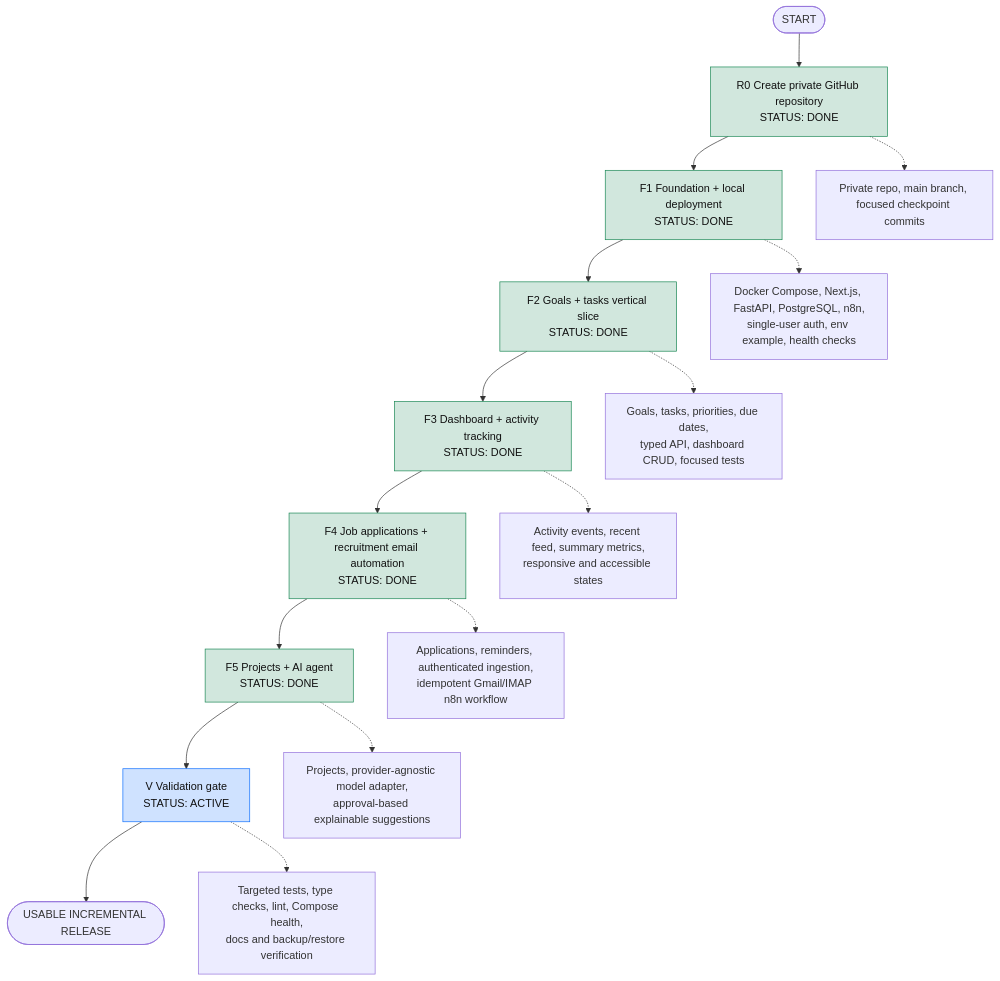
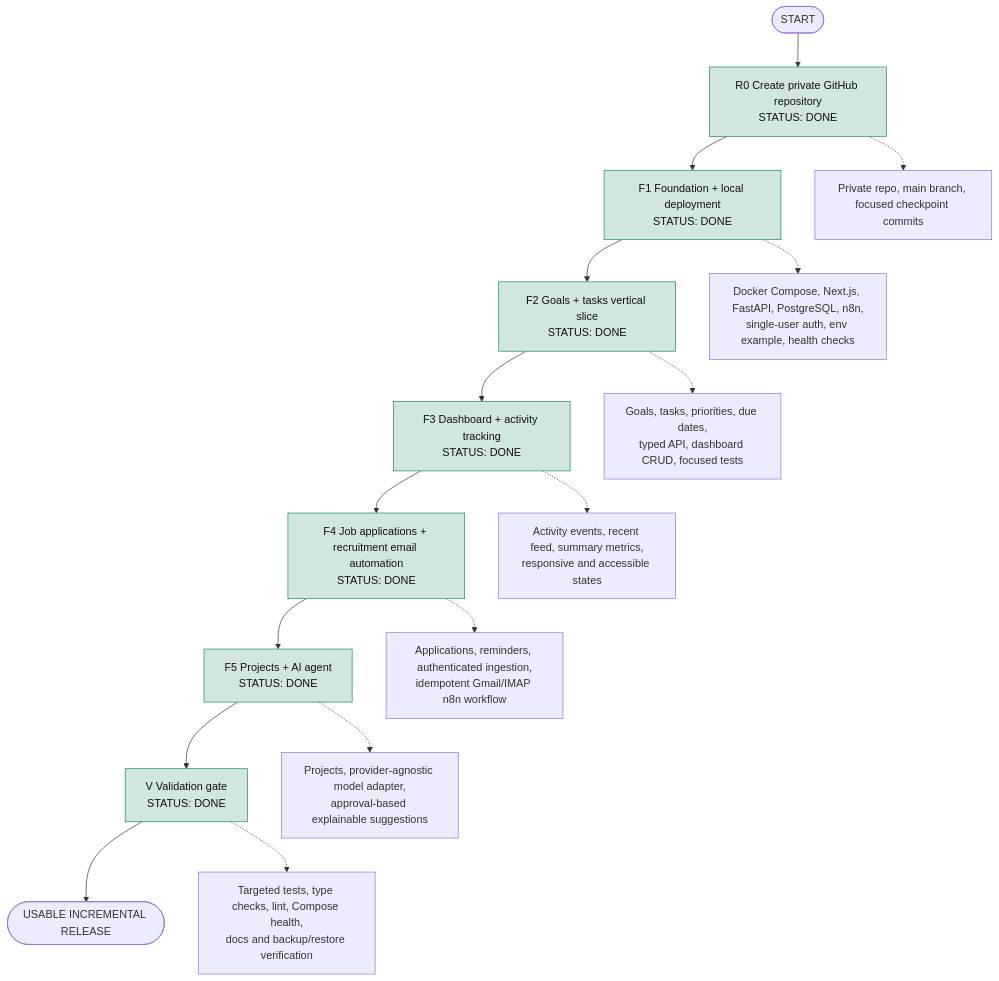
The diagram in docs/personal-os-map.mmd (sonalisrisivani/personal-os), drawn with Mermaid before and after one commit.

Commit message:
chore: mark validation gate as done

```diff
--- a/docs/personal-os-map.mmd
+++ b/docs/personal-os-map.mmd
@@ -1,30 +1,30 @@
 %% Personal OS execution map
 %% Source of truth for execution order and completion status.
 %% Status legend: PENDING, ACTIVE, DONE, BLOCKED.
 %% Before each implementation turn: read this map first.
 %% After each completed block: change its STATUS and update the matching SQL todo.
 
 flowchart TD
     START([START]) --> R["R0 Create private GitHub repository<br/>STATUS: DONE"]
     R --> F["F1 Foundation + local deployment<br/>STATUS: DONE"]
     F --> G["F2 Goals + tasks vertical slice<br/>STATUS: DONE"]
     G --> A["F3 Dashboard + activity tracking<br/>STATUS: DONE"]
     A --> E["F4 Job applications + recruitment email automation<br/>STATUS: DONE"]
     E --> I["F5 Projects + AI agent<br/>STATUS: DONE"]
-    I --> V["V Validation gate<br/>STATUS: ACTIVE"]
+    I --> V["V Validation gate<br/>STATUS: DONE"]
     V --> DONE([USABLE INCREMENTAL RELEASE])
 
     F -.-> Fscope["Docker Compose, Next.js, FastAPI, PostgreSQL, n8n,<br/>single-user auth, env example, health checks"]
     R -.-> Rscope["Private repo, main branch, focused checkpoint commits"]
     G -.-> Gscope["Goals, tasks, priorities, due dates,<br/>typed API, dashboard CRUD, focused tests"]
     A -.-> Ascope["Activity events, recent feed, summary metrics,<br/>responsive and accessible states"]
     E -.-> Escope["Applications, reminders, authenticated ingestion,<br/>idempotent Gmail/IMAP n8n workflow"]
     I -.-> Iscope["Projects, provider-agnostic model adapter,<br/>approval-based explainable suggestions"]
     V -.-> Vscope["Targeted tests, type checks, lint, Compose health,<br/>docs and backup/restore verification"]
 
     classDef pending fill:#fff3cd,stroke:#b8860b,color:#111;
     classDef active fill:#cfe2ff,stroke:#0d6efd,color:#111;
     classDef done fill:#d1e7dd,stroke:#198754,color:#111;
     classDef blocked fill:#f8d7da,stroke:#dc3545,color:#111;
-    class V active;
-    class I,E,A,G,F,R done;
+    class V done;
+    class I,E,A,G,F,R,V done;
```
